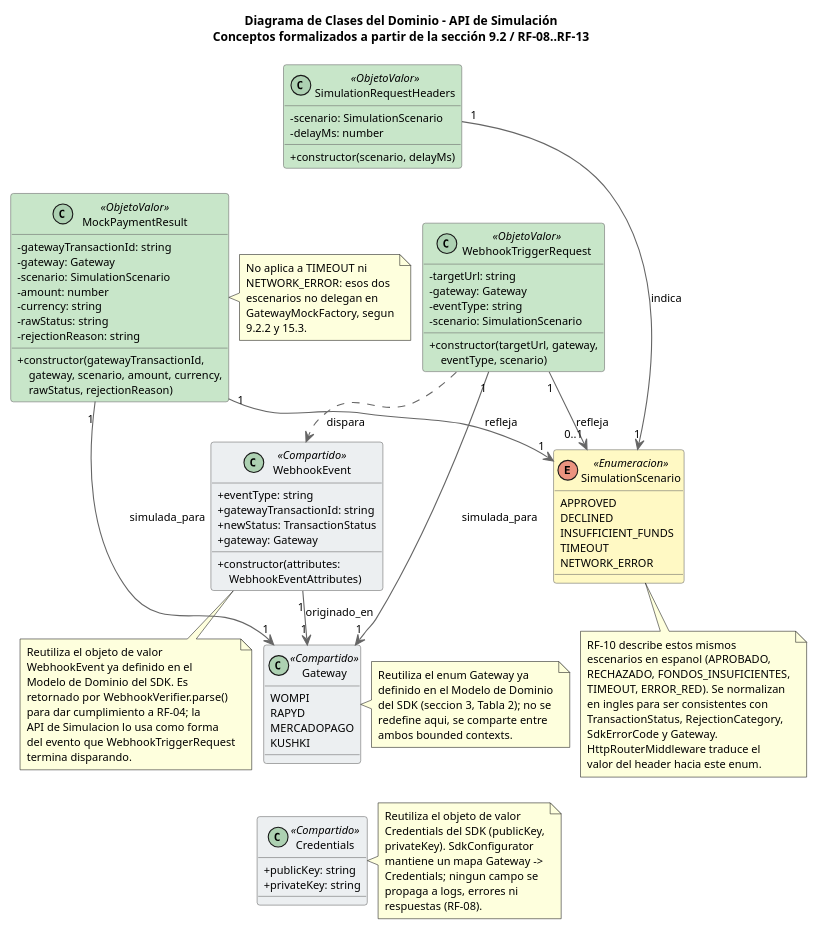
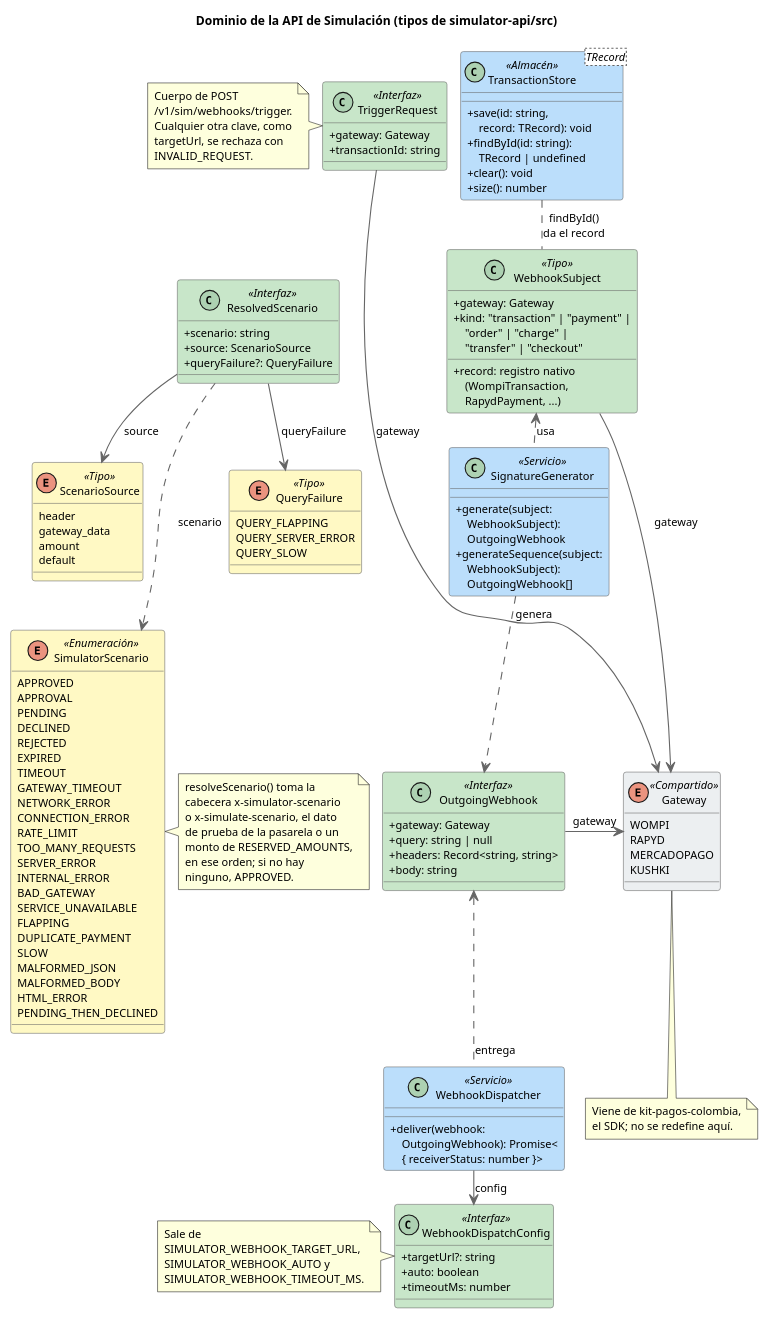
Before and after one commit to PurosBrothers/Kit-Pagos-Colombia---Tesis: the diagram in docs/architecture/Simulador API/diagrams-source/domain-class-diagram.puml, drawn with PlantUML. The commit also changed 9 other files, not shown here.

First line of the commit message:
docs(docs): redraw the simulator domain figure from simulator-api/src

```diff
--- a/docs/architecture/Simulador API/diagrams-source/domain-class-diagram.puml
+++ b/docs/architecture/Simulador API/diagrams-source/domain-class-diagram.puml
@@ -1,132 +1,156 @@
 @startuml Domain Class Diagram - Simulation API
-title Diagrama de Clases del Dominio - API de Simulación\nConceptos formalizados a partir de la sección 9.2 / RF-08..RF-13
+title Dominio de la API de Simulación (tipos de simulator-api/src)
 skinparam backgroundColor white
 skinparam defaultFontName Helvetica
 skinparam defaultFontSize 10
 skinparam titleFontSize 11
 skinparam classFontSize 10
 skinparam classAttributeFontSize 10
 skinparam classStereotypeFontSize 10
 skinparam ArrowFontSize 10
 skinparam NoteFontSize 10
-skinparam nodesep 10
-skinparam ranksep 22
+skinparam nodesep 12
+skinparam ranksep 16
 skinparam classAttributeIconSize 0
 skinparam class {
   BorderColor #666666
   ArrowColor #666666
 }
 
-class WebhookTriggerRequest <<ObjetoValor>> #C8E6C9 {
-  -targetUrl: string
-  -gateway: Gateway
-  -eventType: string
-  -scenario: SimulationScenario
-  +constructor(targetUrl, gateway,\n    eventType, scenario)
+class TriggerRequest <<Interfaz>> #C8E6C9 {
+  +gateway: Gateway
+  +transactionId: string
 }
 
-class SimulationRequestHeaders <<ObjetoValor>> #C8E6C9 {
-  -scenario: SimulationScenario
-  -delayMs: number
-  +constructor(scenario, delayMs)
+class ResolvedScenario <<Interfaz>> #C8E6C9 {
+  +scenario: string
+  +source: ScenarioSource
+  +queryFailure?: QueryFailure
 }
 
-class MockPaymentResult <<ObjetoValor>> #C8E6C9 {
-  -gatewayTransactionId: string
-  -gateway: Gateway
-  -scenario: SimulationScenario
-  -amount: number
-  -currency: string
-  -rawStatus: string
-  -rejectionReason: string
-  +constructor(gatewayTransactionId,\n    gateway, scenario, amount, currency,\n    rawStatus, rejectionReason)
+enum ScenarioSource <<Tipo>> #FFF9C4 {
+  header
+  gateway_data
+  amount
+  default
 }
 
-class Credentials <<Compartido>> #ECEFF1 {
-  +publicKey: string
-  +privateKey: string
+enum QueryFailure <<Tipo>> #FFF9C4 {
+  QUERY_FLAPPING
+  QUERY_SERVER_ERROR
+  QUERY_SLOW
 }
 
-class WebhookEvent <<Compartido>> #ECEFF1 {
-  +eventType: string
-  +gatewayTransactionId: string
-  +newStatus: TransactionStatus
-  +gateway: Gateway
-  +constructor(attributes:\n    WebhookEventAttributes)
+enum SimulatorScenario <<Enumeración>> #FFF9C4 {
+  APPROVED
+  APPROVAL
+  PENDING
+  DECLINED
+  REJECTED
+  EXPIRED
+  TIMEOUT
+  GATEWAY_TIMEOUT
+  NETWORK_ERROR
+  CONNECTION_ERROR
+  RATE_LIMIT
+  TOO_MANY_REQUESTS
+  SERVER_ERROR
+  INTERNAL_ERROR
+  BAD_GATEWAY
+  SERVICE_UNAVAILABLE
+  FLAPPING
+  DUPLICATE_PAYMENT
+  SLOW
+  MALFORMED_JSON
+  MALFORMED_BODY
+  HTML_ERROR
+  PENDING_THEN_DECLINED
 }
 
-enum SimulationScenario <<Enumeracion>> #FFF9C4 {
-  APPROVED
-  DECLINED
-  INSUFFICIENT_FUNDS
-  TIMEOUT
-  NETWORK_ERROR
+class "TransactionStore<TRecord>" as TransactionStore <<Almacén>> #BBDEFB {
+  +save(id: string,\n    record: TRecord): void
+  +findById(id: string):\n    TRecord | undefined
+  +clear(): void
+  +size(): number
 }
 
-class Gateway <<Compartido>> #ECEFF1 {
+class WebhookSubject <<Tipo>> #C8E6C9 {
+  +gateway: Gateway
+  +kind: "transaction" | "payment" |\n    "order" | "charge" |\n    "transfer" | "checkout"
+  +record: registro nativo\n    (WompiTransaction,\n    RapydPayment, ...)
+}
+
+class SignatureGenerator <<Servicio>> #BBDEFB {
+  +generate(subject:\n    WebhookSubject):\n    OutgoingWebhook
+  +generateSequence(subject:\n    WebhookSubject):\n    OutgoingWebhook[]
+}
+
+class OutgoingWebhook <<Interfaz>> #C8E6C9 {
+  +gateway: Gateway
+  +query: string | null
+  +headers: Record<string, string>
+  +body: string
+}
+
+class WebhookDispatcher <<Servicio>> #BBDEFB {
+  +deliver(webhook:\n    OutgoingWebhook): Promise<\n    { receiverStatus: number }>
+}
+
+class WebhookDispatchConfig <<Interfaz>> #C8E6C9 {
+  +targetUrl?: string
+  +auto: boolean
+  +timeoutMs: number
+}
+
+enum Gateway <<Compartido>> #ECEFF1 {
   WOMPI
   RAPYD
   MERCADOPAGO
   KUSHKI
 }
 
-SimulationRequestHeaders -[hidden]down- MockPaymentResult
-MockPaymentResult -[hidden]down- WebhookEvent
-Gateway -[hidden]down- Credentials
-WebhookTriggerRequest ..> WebhookEvent : dispara
-WebhookTriggerRequest "1" --> "0..1" SimulationScenario : refleja
-WebhookTriggerRequest "1" --> "1" Gateway : simulada_para
-SimulationRequestHeaders "1" --> "1" SimulationScenario : indica
-MockPaymentResult "1" --> "1" SimulationScenario : refleja
-MockPaymentResult "1" --> "1" Gateway : simulada_para
-WebhookEvent "1" --> "1" Gateway : originado_en
+TriggerRequest -[hidden]down- ResolvedScenario
+ResolvedScenario -down-> ScenarioSource : source
+ResolvedScenario -down-> QueryFailure : queryFailure
+ResolvedScenario .down.> SimulatorScenario : scenario
+ScenarioSource -[hidden]down- SimulatorScenario
+TransactionStore .down. WebhookSubject : findById()\nda el record
+SignatureGenerator .up.> WebhookSubject : usa
+SignatureGenerator .down.> OutgoingWebhook : genera
+WebhookDispatcher .up.> OutgoingWebhook : entrega
+WebhookDispatcher -down-> WebhookDispatchConfig : config
+WebhookSubject -right-> Gateway : gateway
+OutgoingWebhook -right-> Gateway : gateway
+TriggerRequest -right-> Gateway : gateway
+TriggerRequest -[hidden]right- TransactionStore
 
-note bottom of WebhookEvent
-  Reutiliza el objeto de valor
-  WebhookEvent ya definido en el
-  Modelo de Dominio del SDK. Es
-  retornado por WebhookVerifier.parse()
-  para dar cumplimiento a RF-04; la
-  API de Simulacion lo usa como forma
-  del evento que WebhookTriggerRequest
-  termina disparando.
+note left of TriggerRequest
+  Cuerpo de POST
+  /v1/sim/webhooks/trigger.
+  Cualquier otra clave, como
+  targetUrl, se rechaza con
+  INVALID_REQUEST.
 end note
 
-note right of Gateway
-  Reutiliza el enum Gateway ya
-  definido en el Modelo de Dominio
-  del SDK (seccion 3, Tabla 2); no se
-  redefine aqui, se comparte entre
-  ambos bounded contexts.
+note right of SimulatorScenario
+  resolveScenario() toma la
+  cabecera x-simulator-scenario
+  o x-simulate-scenario, el dato
+  de prueba de la pasarela o un
+  monto de RESERVED_AMOUNTS,
+  en ese orden; si no hay
+  ninguno, APPROVED.
 end note
 
-note bottom of SimulationScenario
-  RF-10 describe estos mismos
-  escenarios en espanol (APROBADO,
-  RECHAZADO, FONDOS_INSUFICIENTES,
-  TIMEOUT, ERROR_RED). Se normalizan
-  en ingles para ser consistentes con
-  TransactionStatus, RejectionCategory,
-  SdkErrorCode y Gateway.
-  HttpRouterMiddleware traduce el
-  valor del header hacia este enum.
+note left of WebhookDispatchConfig
+  Sale de
+  SIMULATOR_WEBHOOK_TARGET_URL,
+  SIMULATOR_WEBHOOK_AUTO y
+  SIMULATOR_WEBHOOK_TIMEOUT_MS.
 end note
 
-note right of MockPaymentResult
-  No aplica a TIMEOUT ni
-  NETWORK_ERROR: esos dos
-  escenarios no delegan en
-  GatewayMockFactory, segun
-  9.2.2 y 15.3.
-end note
-
-note right of Credentials
-  Reutiliza el objeto de valor
-  Credentials del SDK (publicKey,
-  privateKey). SdkConfigurator
-  mantiene un mapa Gateway ->
-  Credentials; ningun campo se
-  propaga a logs, errores ni
-  respuestas (RF-08).
+note bottom of Gateway
+  Viene de kit-pagos-colombia,
+  el SDK; no se redefine aquí.
 end note
 @enduml
```
